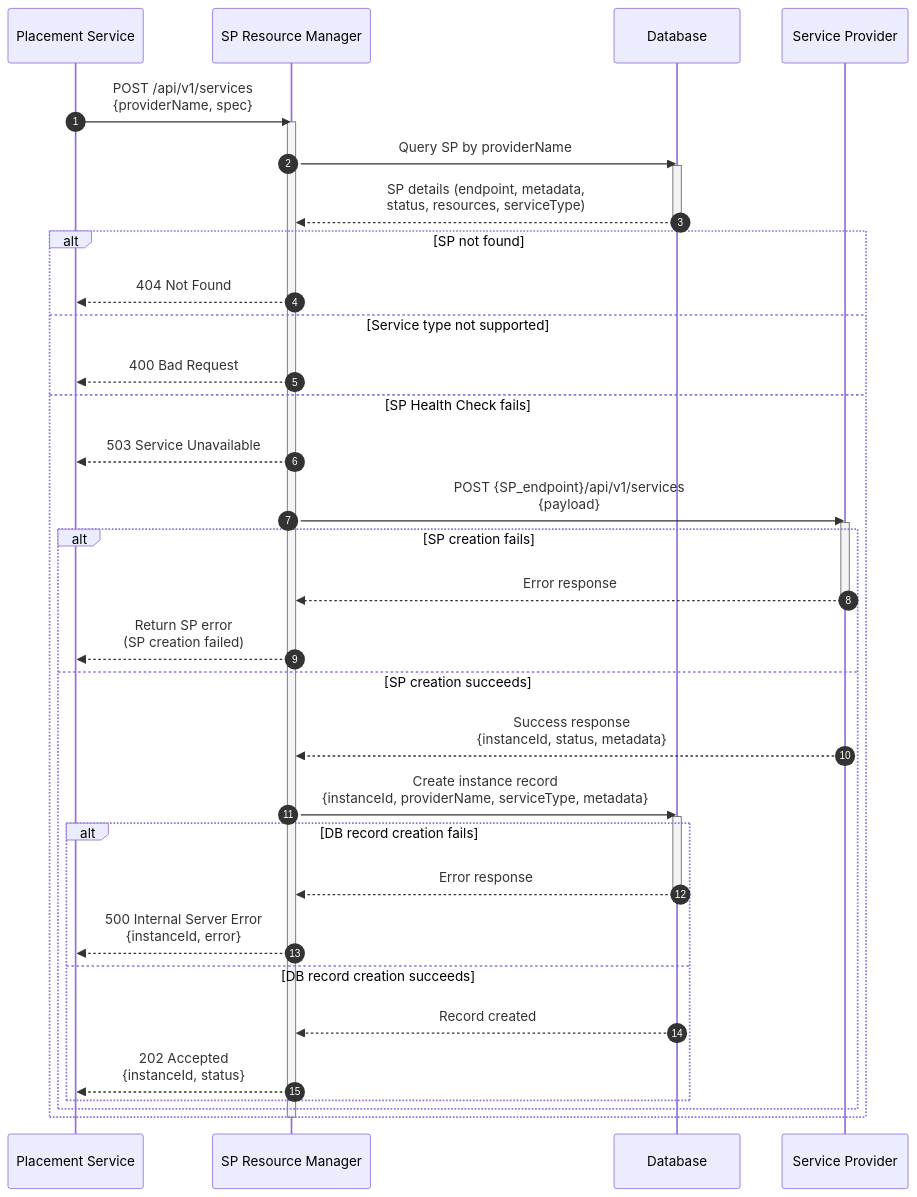
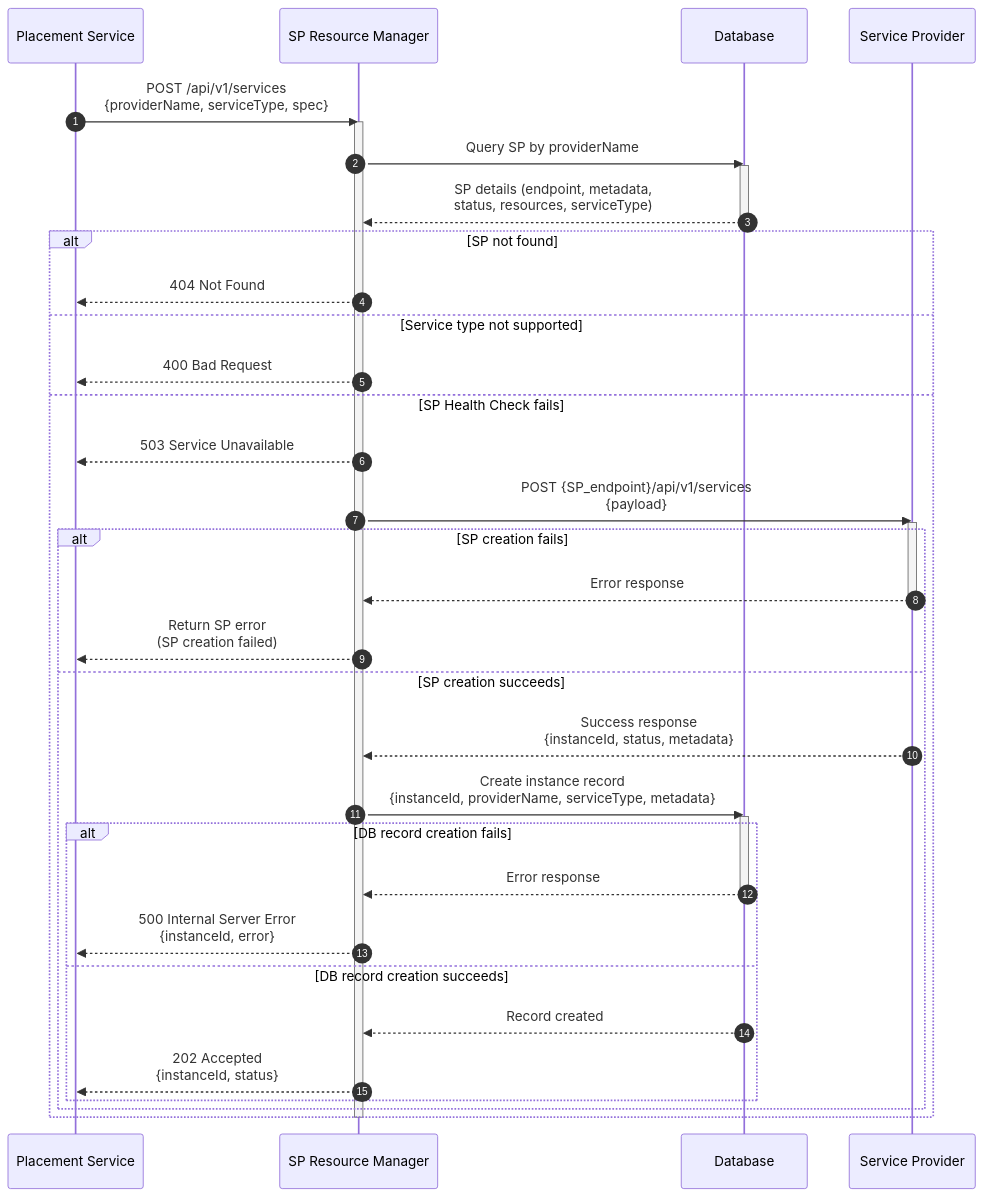
One commit to dcm-project/enhancements changed the diagram in enhancements/sp-resource-manager/sp-resource-manager.md. Above: the diagram before and after it, drawn with Mermaid. The commit also changed other lines of this file, not shown here.

````diff
--- a/enhancements/sp-resource-manager/sp-resource-manager.md
+++ b/enhancements/sp-resource-manager/sp-resource-manager.md
@@ -171,49 +166,49 @@
 ```mermaid
 sequenceDiagram
     autonumber
     participant PS as Placement Service
     participant SPRM as SP Resource Manager
     participant DB as Database
     participant SP as Service Provider
 
-    PS->>SPRM: POST /api/v1/services<br/>{providerName, spec}
+    PS->>SPRM: POST /api/v1/services<br/>{providerName, serviceType, spec}
     activate SPRM
 
 
     SPRM->>DB: Query SP by providerName
     activate DB
     DB-->>SPRM: SP details (endpoint, metadata,<br/>status, resources, serviceType)
     deactivate DB
 
     alt SP not found
         SPRM-->>PS: 404 Not Found
     else Service type not supported
         SPRM-->>PS: 400 Bad Request
     else SP Health Check fails
         SPRM-->>PS: 503 Service Unavailable       
 
         SPRM->>SP: POST {SP_endpoint}/api/v1/services<br/>{payload}
         activate SP
 
         alt SP creation fails
             SP-->>SPRM: Error response
             deactivate SP
             SPRM-->>PS: Return SP error<br/>(SP creation failed)
         else SP creation succeeds
             SP-->>SPRM: Success response<br/>{instanceId, status, metadata}
             SPRM->>DB: Create instance record<br/>{instanceId, providerName, serviceType, metadata}
             activate DB
             
             alt DB record creation fails
                 DB-->>SPRM: Error response
                 deactivate DB
                 SPRM-->>PS: 500 Internal Server Error<br/>{instanceId, error}
             
             else DB record creation succeeds
                 DB-->>SPRM: Record created
                 SPRM-->>PS: 202 Accepted<br/>{instanceId, status}
             end
         end
     end
     deactivate SPRM
 ```
````
